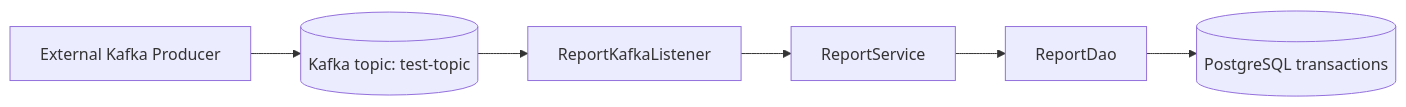
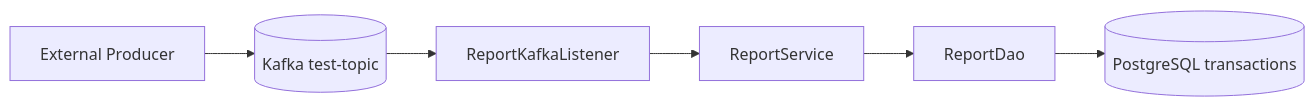
The sixth of 8 diagrams in architecture.md (anubhavbagri/kirana-register), drawn with Mermaid before and after one commit. The commit also changed other lines of this file and 1 other file, not shown here.

````diff
--- a/architecture.md
+++ b/architecture.md
@@ -176,11 +287,11 @@
 ```mermaid
 flowchart LR
-    Producer[External Kafka Producer]
-    Topic[(Kafka topic: test-topic)]
-    Consumer[ReportKafkaListener]
+    Producer[External Producer]
+    Topic[(Kafka test-topic)]
+    Listener[ReportKafkaListener]
     Service[ReportService]
-    DAO[ReportDao]
-    PG[(PostgreSQL transactions)]
+    Dao[ReportDao]
+    Ledger[(PostgreSQL transactions)]
 
-    Producer --> Topic --> Consumer --> Service --> DAO --> PG
+    Producer --> Topic --> Listener --> Service --> Dao --> Ledger
 ```
````
